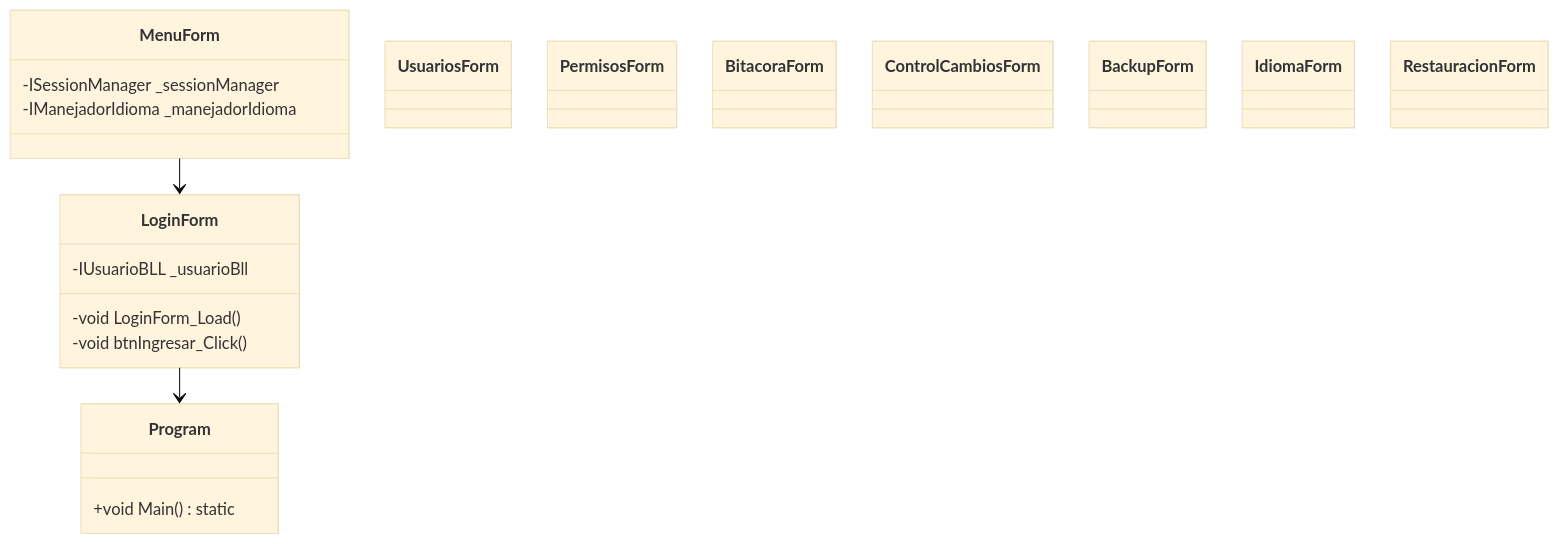
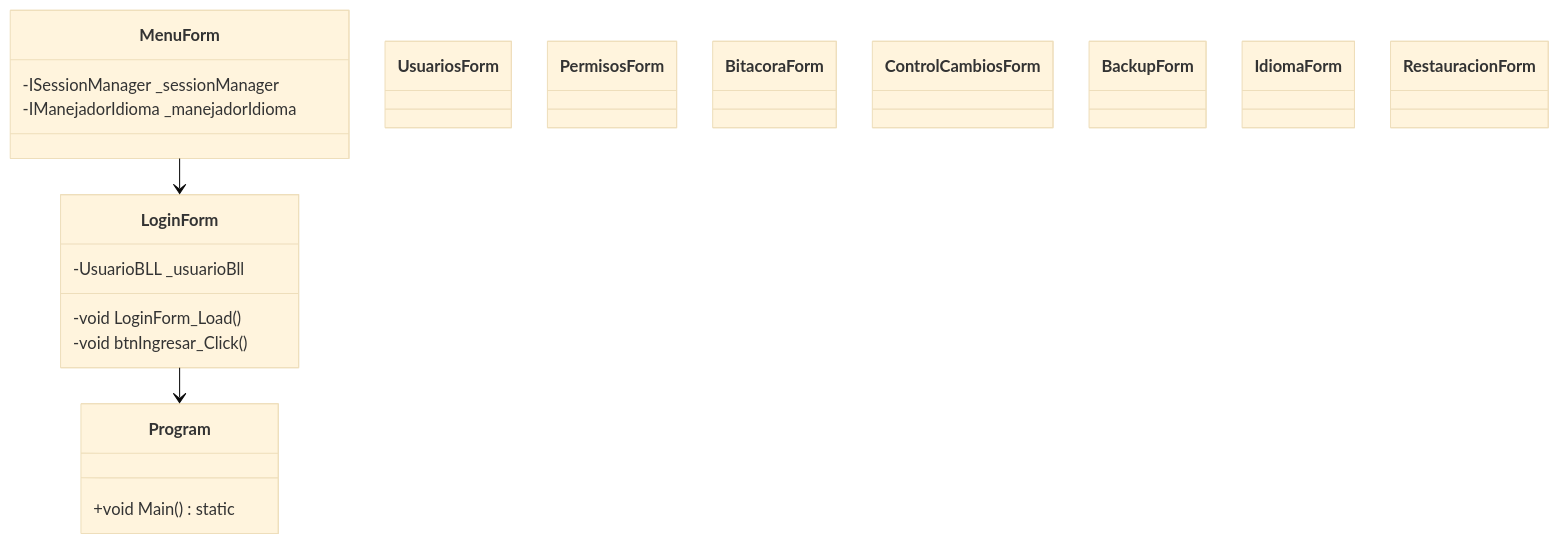
Before and after one commit to LautiSmyth/Stach: diagram 19 of 25 in Documentacion/diagrams_code.md, drawn with Mermaid (base theme). The commit also changed other lines of this file, not shown here.

Commit message:
Doc: Update sequence and module class diagrams to explicitly include the Abstracciones layer interfaces and IoCContainer

````diff
--- a/Documentacion/diagrams_code.md
+++ b/Documentacion/diagrams_code.md
@@ -535,28 +645,28 @@
 ```mermaid
 ---
 config:
   layout: elk
 ---
 classDiagram
     class Program {
         +void Main() static
     }
     class LoginForm {
-        -IUsuarioBLL _usuarioBll
+        -UsuarioBLL _usuarioBll
         -void LoginForm_Load()
         -void btnIngresar_Click()
     }
     class MenuForm {
         -ISessionManager _sessionManager
         -IManejadorIdioma _manejadorIdioma
     }
     class UsuariosForm
     class PermisosForm
     class BitacoraForm
     class ControlCambiosForm
     class BackupForm
     class IdiomaForm
     class RestauracionForm
     LoginForm --> Program
     MenuForm --> LoginForm
 ```
````
